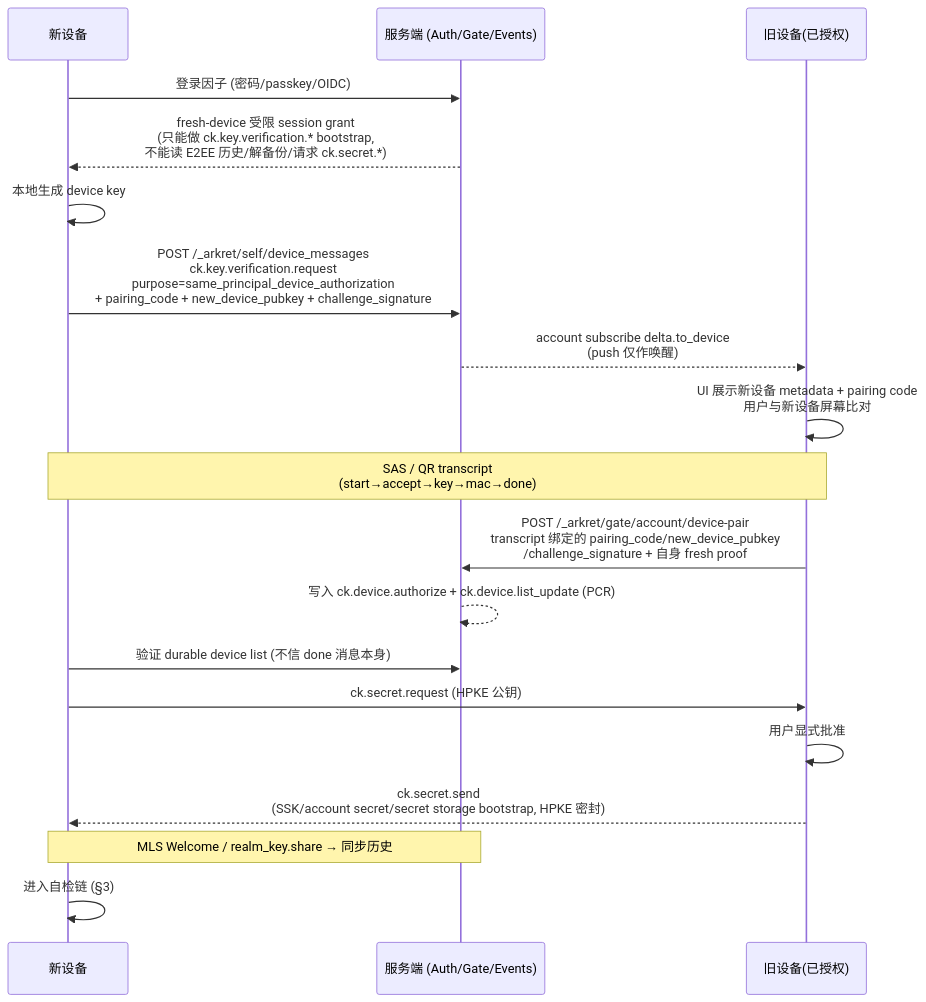
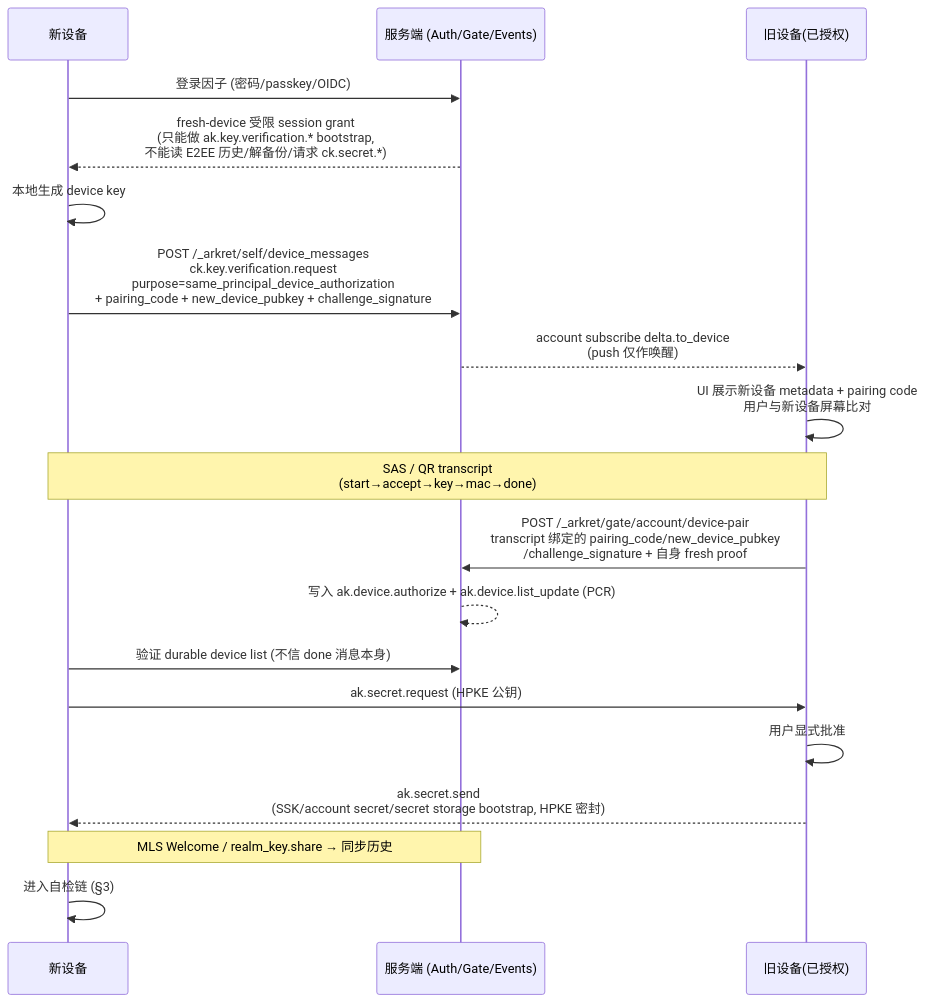
Before and after one commit to arkret-org/inkson: the third of 5 diagrams in docs/user-strands-key-lifecycle.md, drawn with Mermaid. The commit also changed other lines of this file and 89 other files, not shown here.

````diff
--- a/docs/user-strands-key-lifecycle.md
+++ b/docs/user-strands-key-lifecycle.md
@@ -126,22 +126,22 @@
 ```mermaid
 sequenceDiagram
     participant N as 新设备
     participant S as 服务端 (Auth/Gate/Events)
     participant O as 旧设备(已授权)
 
     N->>S: 登录因子 (密码/passkey/OIDC)
-    S-->>N: fresh-device 受限 session grant<br/>(只能做 ck.key.verification.* bootstrap,<br/>不能读 E2EE 历史/解备份/请求 ck.secret.*)
+    S-->>N: fresh-device 受限 session grant<br/>(只能做 ak.key.verification.* bootstrap,<br/>不能读 E2EE 历史/解备份/请求 ck.secret.*)
     N->>N: 本地生成 device key
     N->>S: POST /_arkret/self/device_messages<br/>ck.key.verification.request<br/>purpose=same_principal_device_authorization<br/>+ pairing_code + new_device_pubkey + challenge_signature
     S-->>O: account subscribe delta.to_device<br/>(push 仅作唤醒)
     O->>O: UI 展示新设备 metadata + pairing code<br/>用户与新设备屏幕比对
     Note over N,O: SAS / QR transcript<br/>(start→accept→key→mac→done)
     O->>S: POST /_arkret/gate/account/device-pair<br/>transcript 绑定的 pairing_code/new_device_pubkey<br/>/challenge_signature + 自身 fresh proof
-    S-->>S: 写入 ck.device.authorize + ck.device.list_update (PCR)
+    S-->>S: 写入 ak.device.authorize + ak.device.list_update (PCR)
     N->>S: 验证 durable device list (不信 done 消息本身)
-    N->>O: ck.secret.request (HPKE 公钥)
+    N->>O: ak.secret.request (HPKE 公钥)
     O->>O: 用户显式批准
-    O-->>N: ck.secret.send<br/>(SSK/account secret/secret storage bootstrap, HPKE 密封)
+    O-->>N: ak.secret.send<br/>(SSK/account secret/secret storage bootstrap, HPKE 密封)
     Note over N,S: MLS Welcome / realm_key.share → 同步历史
     N->>N: 进入自检链 (§3)
 ```
````
